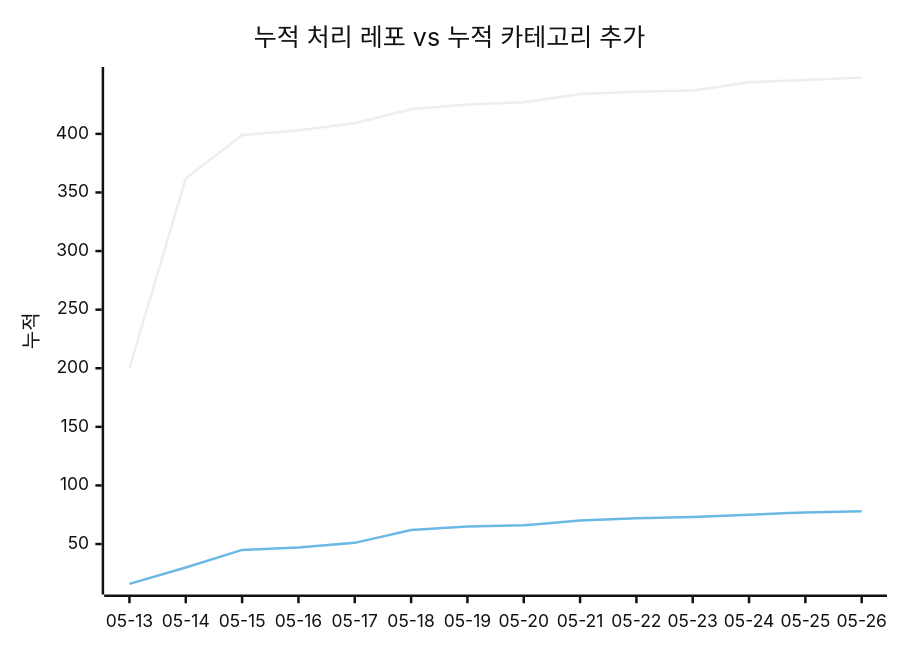
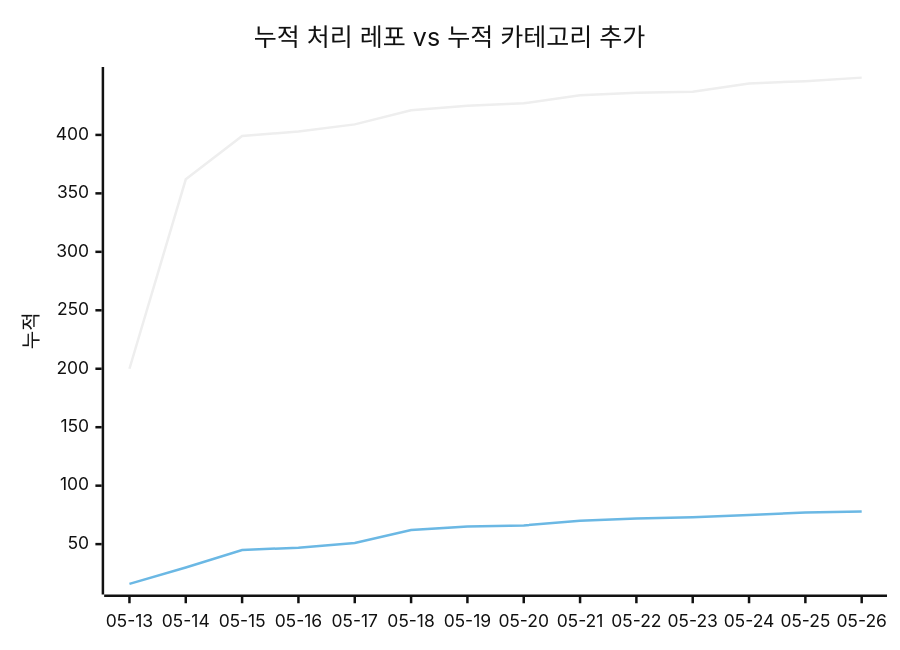
The second of 2 diagrams in docs/trends.md (J-nowcow/awesome-korean-agent-skills), drawn with Mermaid (neutral theme) before and after one commit. The commit also changed other lines of this file and 2 other files, not shown here.

````diff
--- a/docs/trends.md
+++ b/docs/trends.md
@@ -68,8 +68,8 @@
 ```mermaid
 xychart-beta
     title "누적 처리 레포 vs 누적 카테고리 추가"
     x-axis ["05-13","05-14","05-15","05-16","05-17","05-18","05-19","05-20","05-21","05-22","05-23","05-24","05-25","05-26"]
     y-axis "누적"
-    line [200,362,399,403,409,421,425,427,434,436,437,444,446,448]
+    line [200,362,399,403,409,421,425,427,434,436,437,444,446,449]
     line [16,30,45,47,51,62,65,66,70,72,73,75,77,78]
 ```
````
